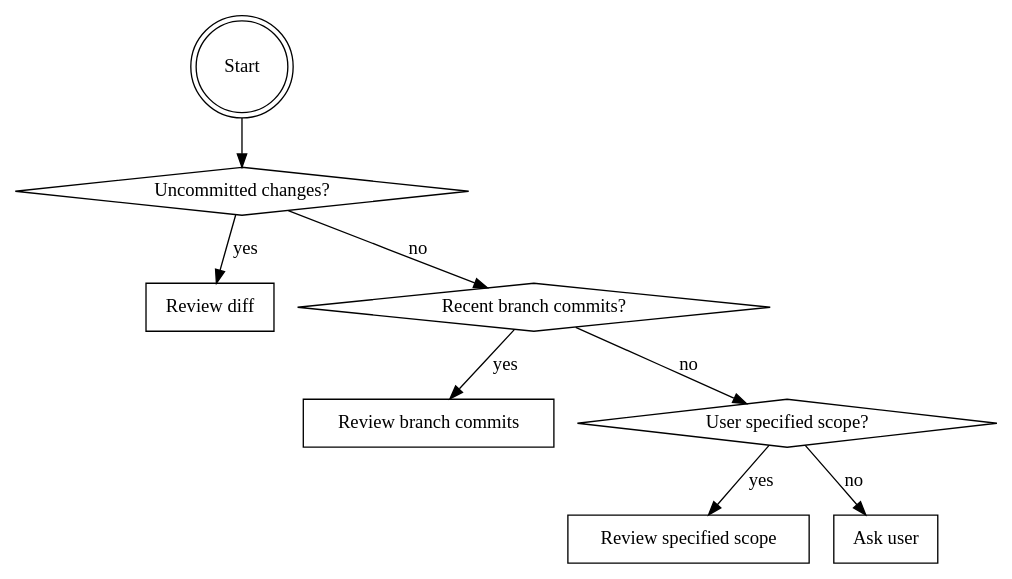
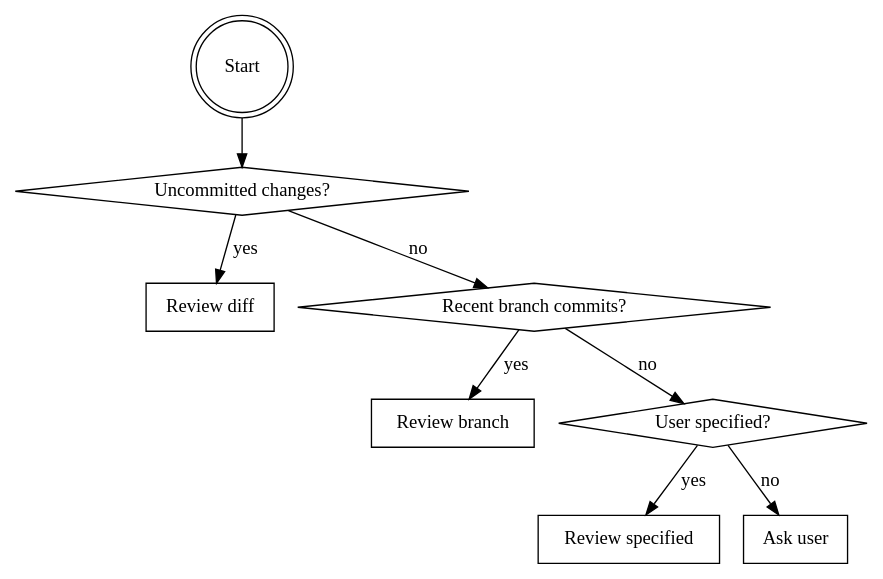
One commit to NecturaLabs/AgentSkills changed the first of 2 diagrams in skills/iterative-code-review/SKILL.md. Above: the diagram before and after it, drawn with Graphviz. The commit also changed other lines of this file and 4 other files, not shown here.

````diff
--- a/skills/iterative-code-review/SKILL.md
+++ b/skills/iterative-code-review/SKILL.md
@@ -14,20 +20,20 @@
 ```dot
 digraph scope {
     "Start" [shape=doublecircle];
     "Uncommitted changes?" [shape=diamond];
     "Review diff" [shape=box];
     "Recent branch commits?" [shape=diamond];
-    "Review branch commits" [shape=box];
-    "User specified scope?" [shape=diamond];
-    "Review specified scope" [shape=box];
+    "Review branch" [shape=box];
+    "User specified?" [shape=diamond];
+    "Review specified" [shape=box];
     "Ask user" [shape=box];
 
     "Start" -> "Uncommitted changes?";
     "Uncommitted changes?" -> "Review diff" [label="yes"];
     "Uncommitted changes?" -> "Recent branch commits?" [label="no"];
-    "Recent branch commits?" -> "Review branch commits" [label="yes"];
-    "Recent branch commits?" -> "User specified scope?" [label="no"];
-    "User specified scope?" -> "Review specified scope" [label="yes"];
-    "User specified scope?" -> "Ask user" [label="no"];
+    "Recent branch commits?" -> "Review branch" [label="yes"];
+    "Recent branch commits?" -> "User specified?" [label="no"];
+    "User specified?" -> "Review specified" [label="yes"];
+    "User specified?" -> "Ask user" [label="no"];
 }
 ```
````
